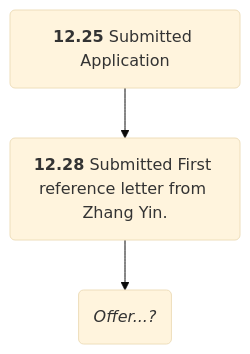
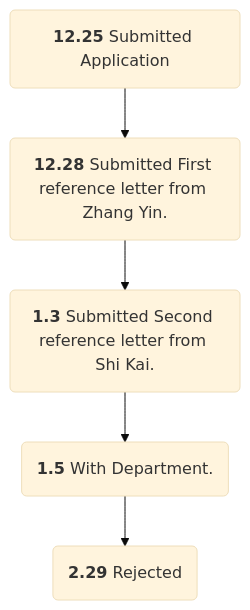
The eighth of 14 diagrams in _posts/2023-12-15-24Fall申请记录.md (Revive-dontwanttocode/Revive-dontwanttocode.github.io), drawn with Mermaid (base theme) before and after one commit. The commit also changed other lines of this file and 2 other files, not shown here.

````diff
--- a/_posts/2023-12-15-24Fall申请记录.md
+++ b/_posts/2023-12-15-24Fall申请记录.md
@@ -156,11 +160,15 @@
 ```mermaid
 flowchart
 
 Submit("`**12.25** Submitted Application`")
 
 Reference1("`**12.28** Submitted First reference letter from Zhang Yin.`")
 
-Offer("`*Offer...?*`")
 
-Submit --> Reference1 --> Offer
+Reference2("`**1.3** Submitted Second reference letter from Shi Kai.`")
+
+WithD("`**1.5** With Department.`")
+Reject("`**2.29** Rejected`")
+
+Submit --> Reference1 --> Reference2 --> WithD  --> Reject
 ```
````
